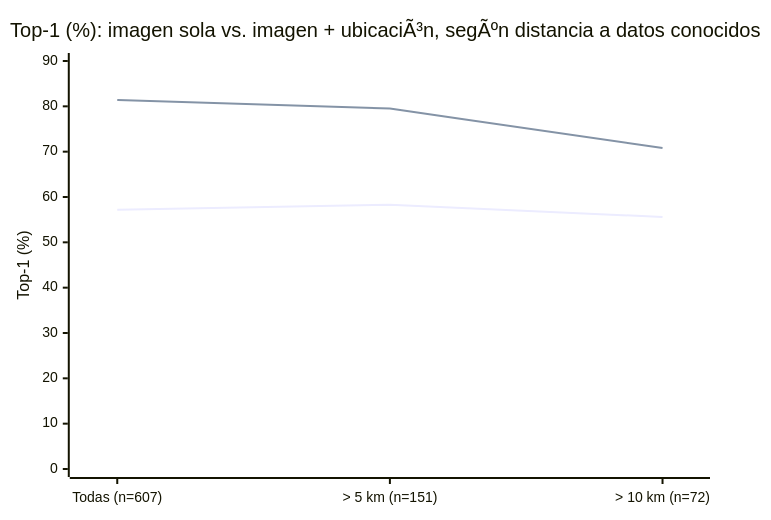
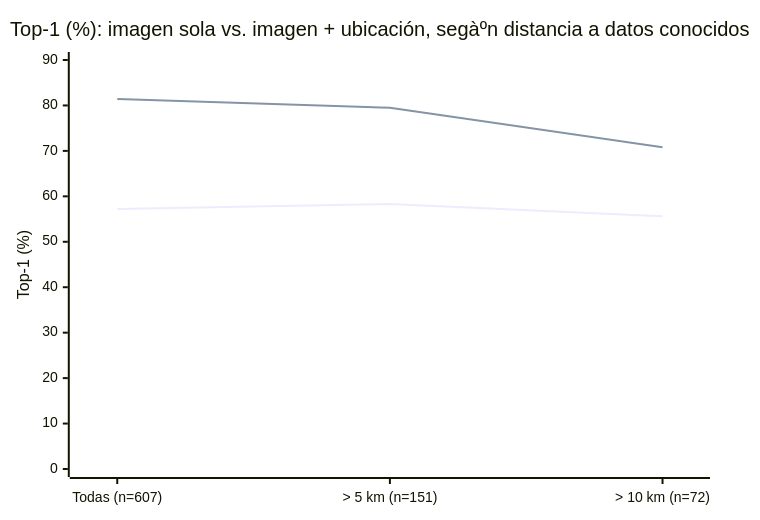
The fourth of 4 diagrams in Second Brain/Brain/04 Desarrollo Técnico/Optimización para Inferencia en Móvil.md (Mogollo7/anura-app), drawn with Mermaid before and after one commit. The commit also changed other lines of this file and 67 other files, not shown here.

````diff
--- a/Second Brain/Brain/04 Desarrollo Técnico/Optimización para Inferencia en Móvil.md
+++ b/Second Brain/Brain/04 Desarrollo Técnico/Optimización para Inferencia en Móvil.md
@@ -149,8 +149,8 @@
 ```mermaid
 xychart-beta
-    title "Top-1 (%): imagen sola vs. imagen + ubicaciÃ³n, segÃºn distancia a datos conocidos"
+    title "Top-1 (%): imagen sola vs. imagen + ubicación, segàºn distancia a datos conocidos"
     x-axis ["Todas (n=607)", "> 5 km (n=151)", "> 10 km (n=72)"]
     y-axis "Top-1 (%)" 0 --> 90
     line [57.2, 58.3, 55.6]
     line [81.4, 79.5, 70.8]
 ```
````
